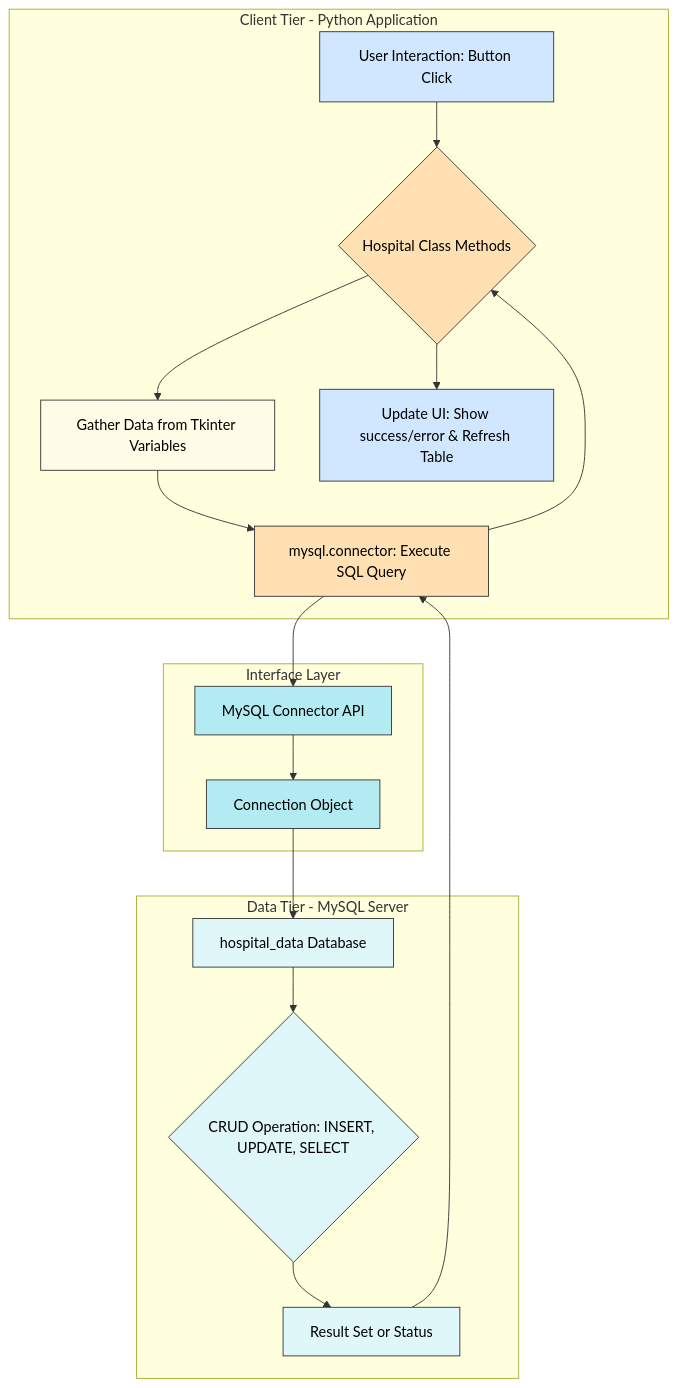
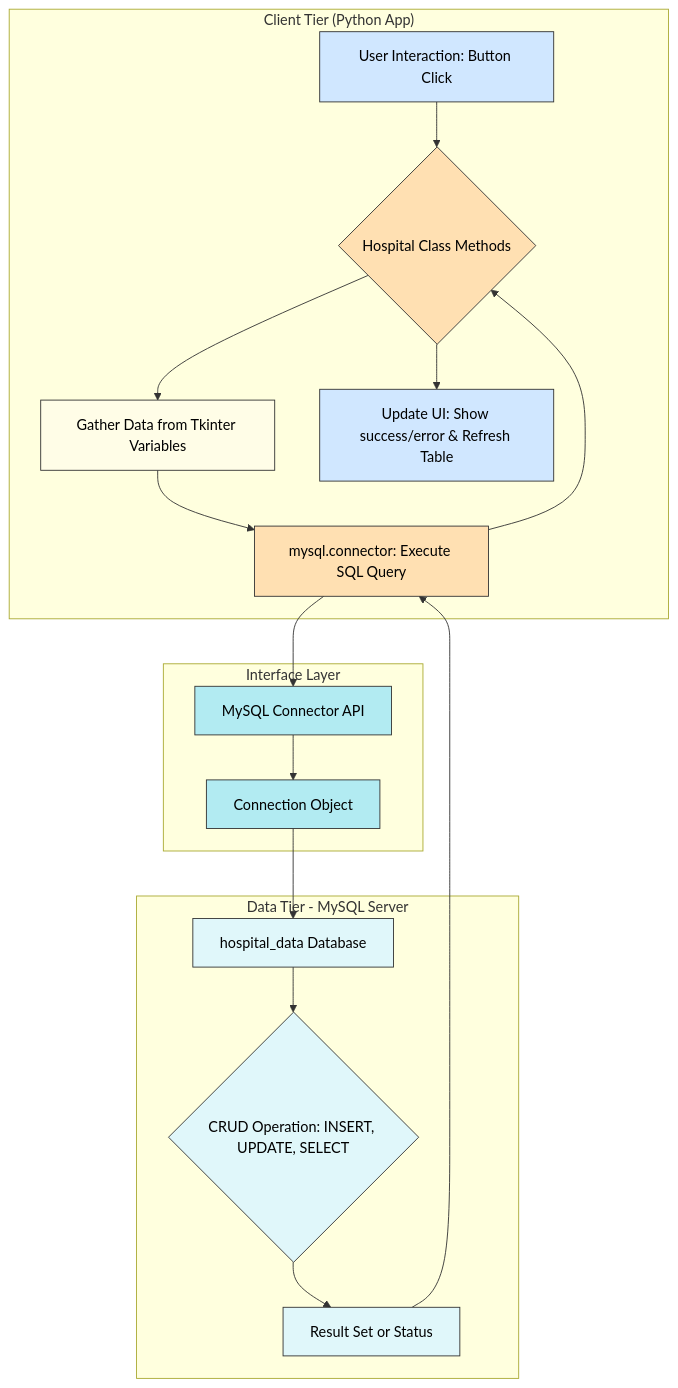
One commit to AbhishekTadaskar/Hospital-Management-System-tkinter-mysql changed the diagram in README.md. Above: the diagram before and after it, drawn with Mermaid.

````diff
--- a/README.md
+++ b/README.md
@@ -9,54 +9,53 @@
 ```mermaid
 graph TD
 
     %% ---------- Client Tier ----------
-    subgraph Client_Tier["Client Tier - Python Application"]
-
+    subgraph Client_Tier["Client Tier (Python App)"]
 
         A[User Interaction: Button Click]
         B{Hospital Class Methods}
         C[Gather Data from Tkinter Variables]
         D[mysql.connector: Execute SQL Query]
         J[Update UI: Show success/error & Refresh Table]
     end
 
     %% ---------- Interface ----------
     subgraph Interface_Layer["Interface Layer"]
         E[MySQL Connector API]
         F[Connection Object]
     end
 
     %% ---------- Data Tier ----------
     subgraph Data_Tier["Data Tier - MySQL Server"]
         G[hospital_data Database]
         H{CRUD Operation: INSERT, UPDATE, SELECT}
         I[Result Set or Status]
     end
 
     %% Flow
     A --> B
     B --> C
     C --> D
     D --> E
     E --> F
     F --> G
     G --> H
     H --> I
     I --> D
     D --> B
     B --> J
 
     %% Styles (with black text)
     style A fill:#D0E7FF,stroke:#333,color:#000
     style J fill:#D0E7FF,stroke:#333,color:#000
     style B fill:#FFE0B2,stroke:#333,color:#000
     style C fill:#FFFDE7,stroke:#333,color:#000
     style D fill:#FFE0B2,stroke:#333,color:#000
     style E fill:#B2EBF2,stroke:#333,color:#000
     style F fill:#B2EBF2,stroke:#333,color:#000
     style G fill:#E0F7FA,stroke:#333,color:#000
     style H fill:#E0F7FA,stroke:#333,color:#000
     style I fill:#E0F7FA,stroke:#333,color:#000
 
 
 ```
````
